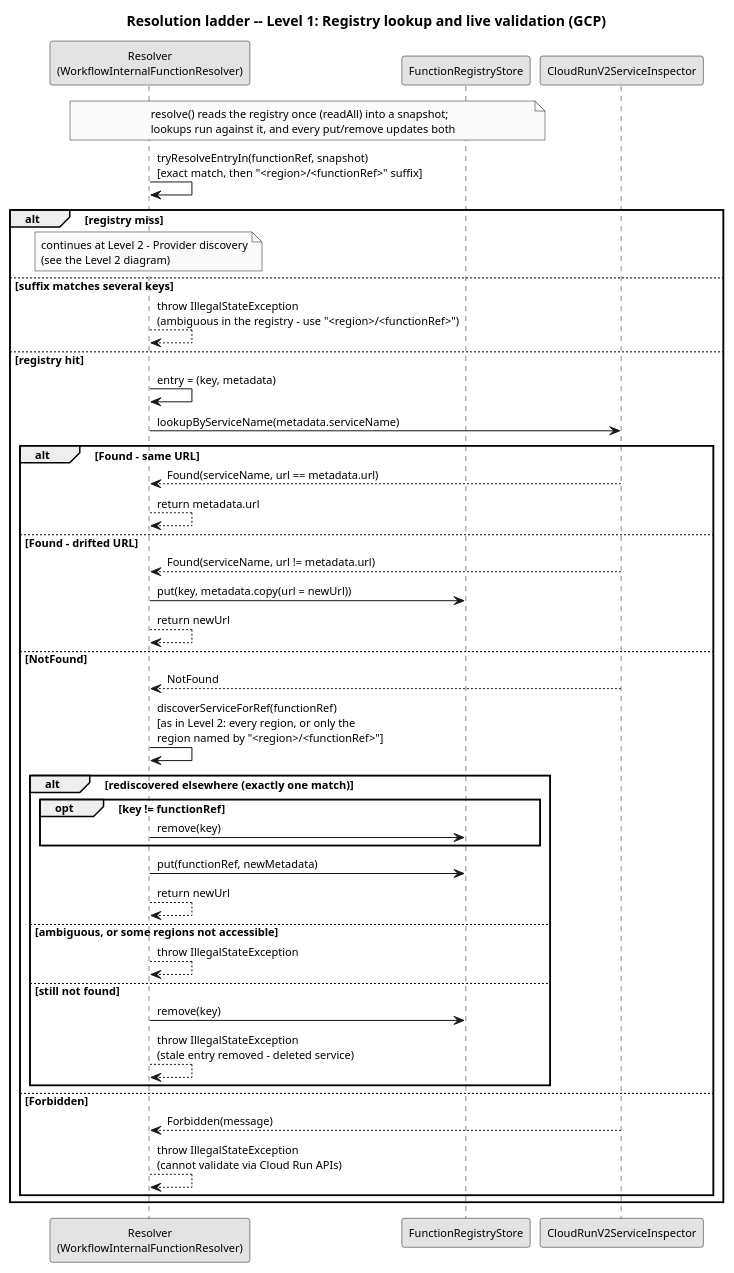
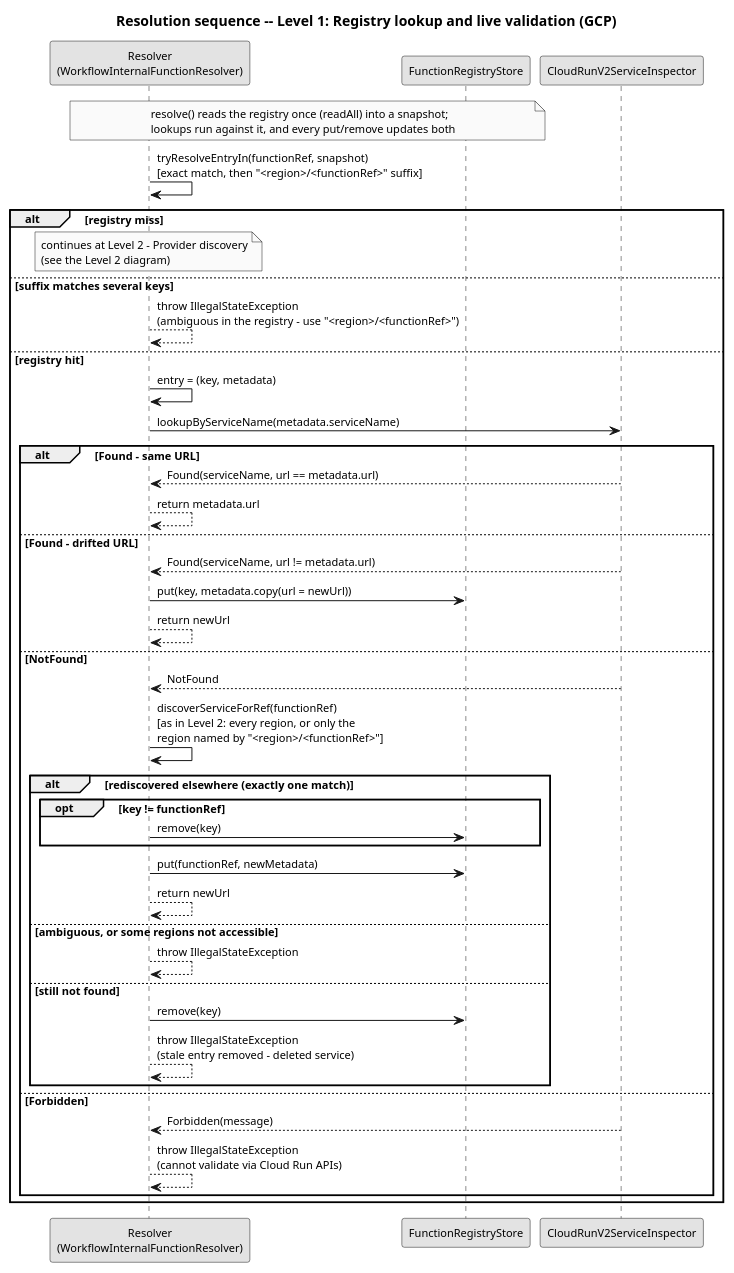
The diagram in diagrams/resolution-cascade-level1-gcp.puml (EngenheiroPedroCarvalho/ISEL-Thesis-2526), drawn with PlantUML before and after one commit. The commit also changed 34 other files, not shown here.

```diff
--- a/diagrams/resolution-cascade-level1-gcp.puml
+++ b/diagrams/resolution-cascade-level1-gcp.puml
@@ -1,54 +1,54 @@
 @startuml resolution-cascade-level1-gcp
 skinparam monochrome true
 skinparam shadowing false
 skinparam defaultFontSize 11
-title Resolution ladder -- Level 1: Registry lookup and live validation (GCP)
+title Resolution sequence -- Level 1: Registry lookup and live validation (GCP)
 
 participant "Resolver\n(WorkflowInternalFunctionResolver)" as R
 participant "FunctionRegistryStore" as REG
 participant "CloudRunV2ServiceInspector" as GI
 
 note over R, REG
   resolve() reads the registry once (readAll) into a snapshot;
   lookups run against it, and every put/remove updates both
 end note
 R -> R : tryResolveEntryIn(functionRef, snapshot)\n[exact match, then "<region>/<functionRef>" suffix]
 alt registry miss
   note over R
     continues at Level 2 - Provider discovery
     (see the Level 2 diagram)
   end note
 else suffix matches several keys
   R --> R : throw IllegalStateException\n(ambiguous in the registry - use "<region>/<functionRef>")
 else registry hit
   R -> R : entry = (key, metadata)
 
   R -> GI : lookupByServiceName(metadata.serviceName)
   alt Found - same URL
     GI --> R : Found(serviceName, url == metadata.url)
     R --> R : return metadata.url
   else Found - drifted URL
     GI --> R : Found(serviceName, url != metadata.url)
     R -> REG : put(key, metadata.copy(url = newUrl))
     R --> R : return newUrl
   else NotFound
     GI --> R : NotFound
     R -> R : discoverServiceForRef(functionRef)\n[as in Level 2: every region, or only the\nregion named by "<region>/<functionRef>"]
     alt rediscovered elsewhere (exactly one match)
       opt key != functionRef
         R -> REG : remove(key)
       end
       R -> REG : put(functionRef, newMetadata)
       R --> R : return newUrl
     else ambiguous, or some regions not accessible
       R --> R : throw IllegalStateException
     else still not found
       R -> REG : remove(key)
       R --> R : throw IllegalStateException\n(stale entry removed - deleted service)
     end
   else Forbidden
     GI --> R : Forbidden(message)
     R --> R : throw IllegalStateException\n(cannot validate via Cloud Run APIs)
   end
 end
 @enduml
```
